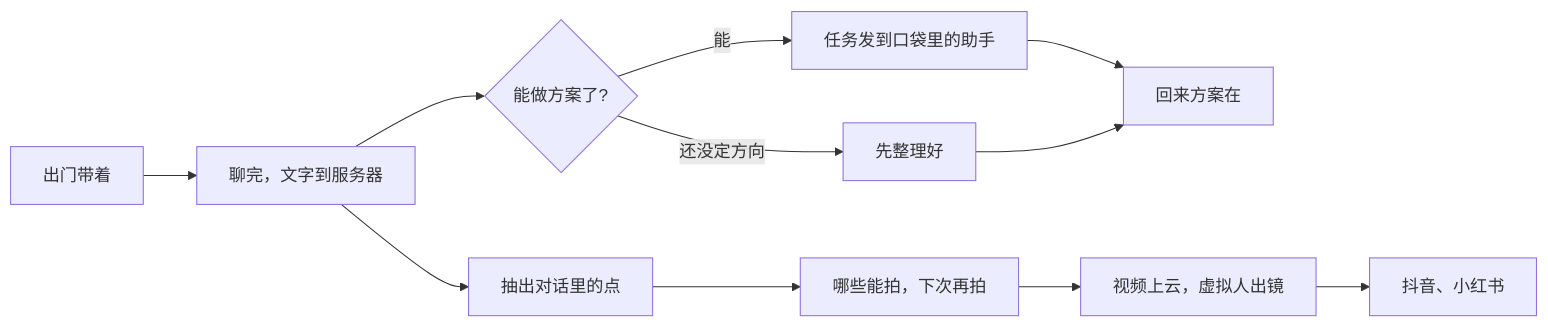
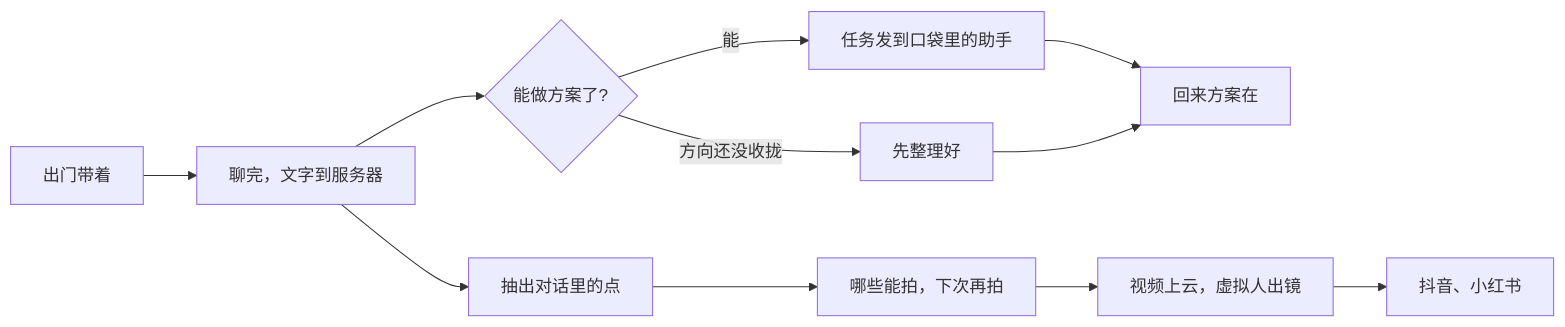
Before and after one commit to Dyrespect/voicelog: the second of 2 diagrams in README.md, drawn with Mermaid. The commit also changed other lines of this file, not shown here.

````diff
--- a/README.md
+++ b/README.md
@@ -70,13 +70,13 @@
 ```mermaid
 flowchart LR
   A[出门带着] --> B[聊完，文字到服务器]
   B --> C{能做方案了?}
   C -->|能| D[任务发到口袋里的助手]
-  C -->|还没定方向| E[先整理好]
+  C -->|方向还没收拢| E[先整理好]
   D --> F[回来方案在]
   E --> F
   B --> G[抽出对话里的点]
   G --> H[哪些能拍，下次再拍]
   H --> I[视频上云，虚拟人出镜]
   I --> J[抖音、小红书]
 ```
````
